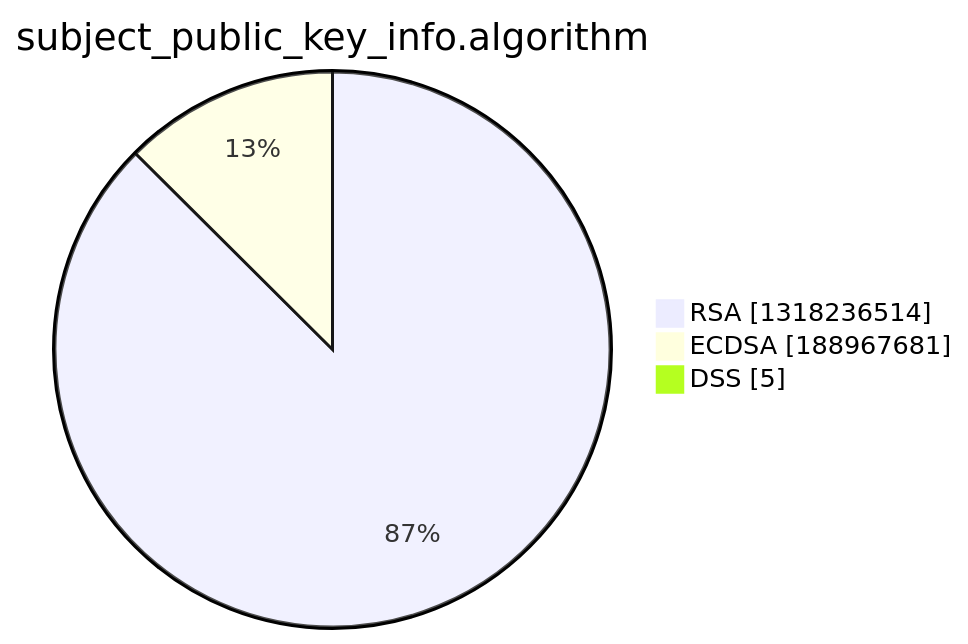
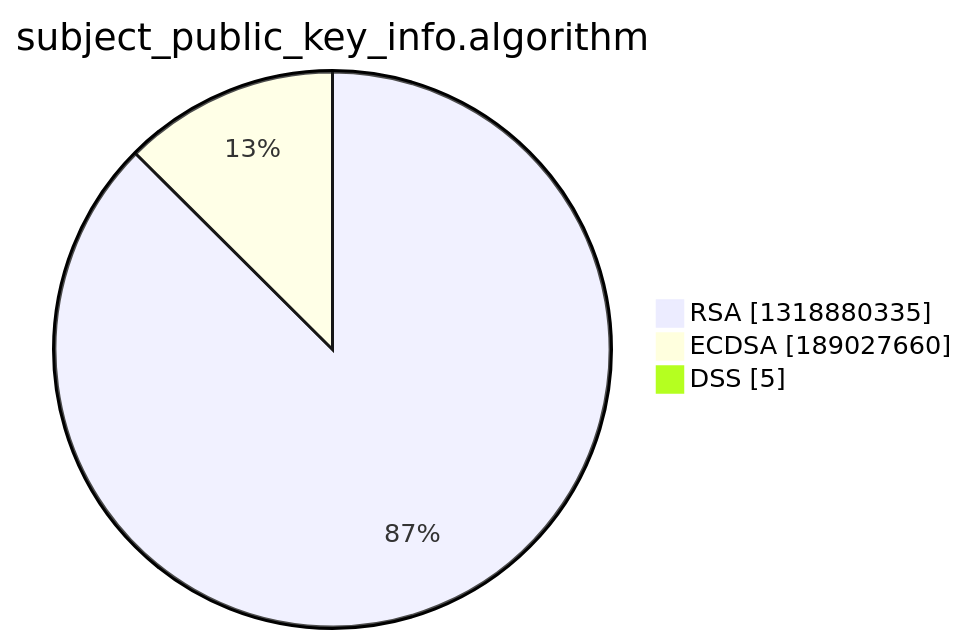
One commit to christiankrug/ctmonitor_visualization changed the third of 15 diagrams in xenon2022/README.md. Above: the diagram before and after it, drawn with Mermaid. The commit also changed other lines of this file, not shown here.

````diff
--- a/xenon2022/README.md
+++ b/xenon2022/README.md
@@ -14,7 +14,7 @@
 ```mermaid
 pie showData
 title subject_public_key_info.algorithm
-"RSA" :1318236514
-"ECDSA" :188967681
+"RSA" :1318880335
+"ECDSA" :189027660
 "DSS" :5
 ```
````
